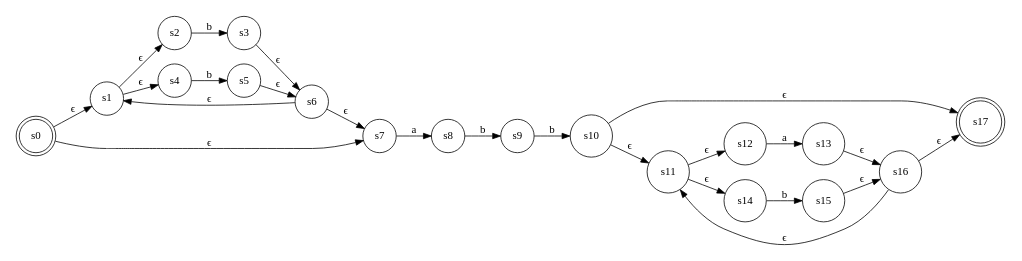
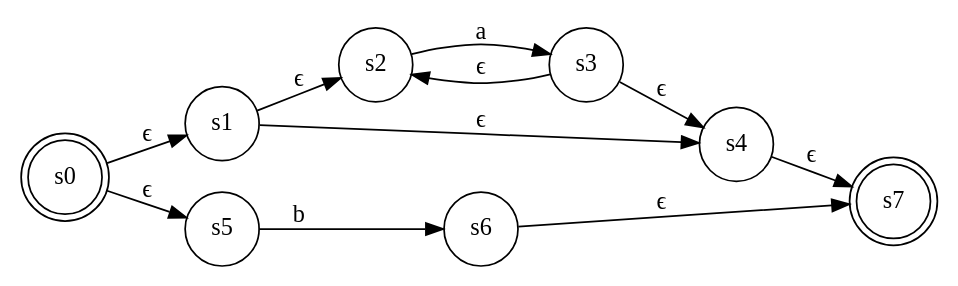
The diagram in Project_1_Java/AFN.gv (amado-developer/PLD_UVG), drawn with Graphviz before and after one commit. The commit also changed 5 other files, not shown here.

```diff
--- a/Project_1_Java/AFN.gv
+++ b/Project_1_Java/AFN.gv
@@ -1,54 +1,28 @@
 digraph finite_state_machine {
 	rankdir=LR size="8,5"
 	node [shape=doublecircle]
 	s0
-	s17
+	s7
 
 	node [shape=circle]
 	s0 -> s1 [label="ϵ
 "]
-	s0 -> s7 [label="ϵ
+	s0 -> s5 [label="ϵ
 "]
 	s1 -> s2 [label="ϵ
 "]
 	s1 -> s4 [label="ϵ
 "]
-	s2 -> s3 [label=b
+	s2 -> s3 [label=a
 ]
-	s3 -> s6 [label="ϵ
+	s3 -> s4 [label="ϵ
 "]
-	s4 -> s5 [label=b
+	s3 -> s2 [label="ϵ
+"]
+	s4 -> s7 [label="ϵ
+"]
+	s5 -> s6 [label=b
 ]
-	s5 -> s6 [label="ϵ
-"]
 	s6 -> s7 [label="ϵ
 "]
-	s6 -> s1 [label="ϵ
-"]
-	s7 -> s8 [label=a
-]
-	s8 -> s9 [label=b
-]
-	s9 -> s10 [label=b
-]
-	s10 -> s11 [label="ϵ
-"]
-	s10 -> s17 [label="ϵ
-"]
-	s11 -> s12 [label="ϵ
-"]
-	s11 -> s14 [label="ϵ
-"]
-	s12 -> s13 [label=a
-]
-	s13 -> s16 [label="ϵ
-"]
-	s14 -> s15 [label=b
-]
-	s15 -> s16 [label="ϵ
-"]
-	s16 -> s17 [label="ϵ
-"]
-	s16 -> s11 [label="ϵ
-"]
 }
```
